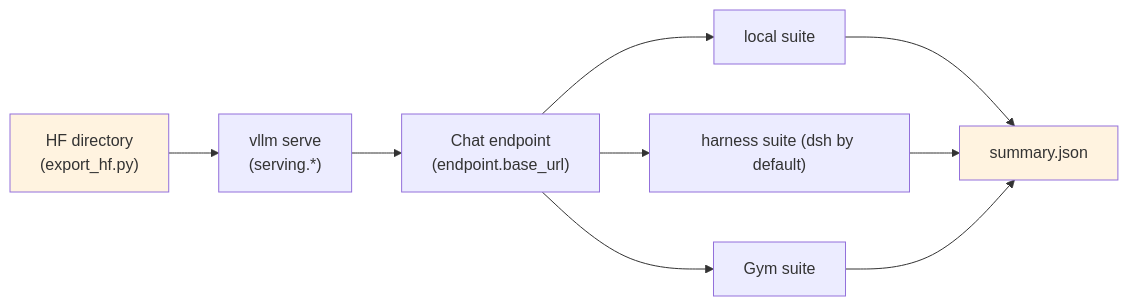
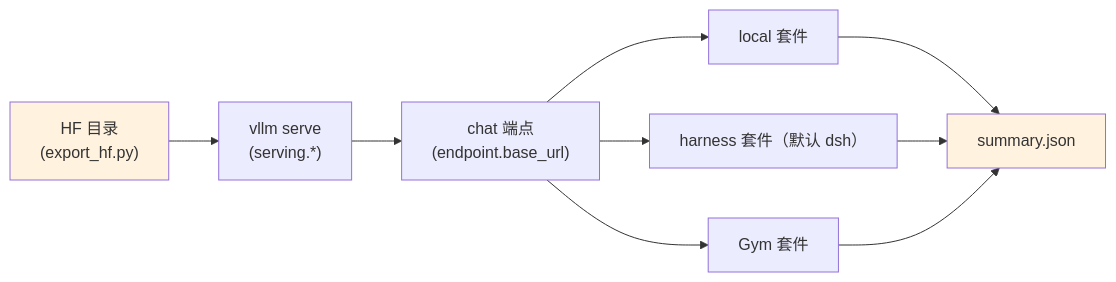
Before and after one commit to zongzhilou/shensi: the diagram in src/shensi/recipes/shensi/stage3_eval/README.md, drawn with Mermaid. The commit also changed other lines of this file and 13 other files, not shown here.

````diff
--- a/src/shensi/recipes/shensi/stage3_eval/README.md
+++ b/src/shensi/recipes/shensi/stage3_eval/README.md
@@ -91,14 +83,13 @@
 ```mermaid
 flowchart LR
-    hf["HF directory<br/>(export_hf.py)"] --> srv["vllm serve<br/>(serving.*)"]
-    srv --> ep["Chat endpoint<br/>(endpoint.base_url)"]
-    ep --> local["local suite"]
-    ep --> harness["harness suite (dsh by default)"]
-    ep --> gym["Gym suite"]
+    hf["HF 目录<br/>(export_hf.py)"] --> srv["vllm serve<br/>(serving.*)"]
+    srv --> ep["chat 端点<br/>(endpoint.base_url)"]
+    ep --> local["local 套件"]
+    ep --> harness["harness 套件（默认 dsh）"]
+    ep --> gym["Gym 套件"]
     local --> out["summary.json"]
     harness --> out
     gym --> out
-
     style hf fill:#fff3e0
     style out fill:#fff3e0
 ```
````
